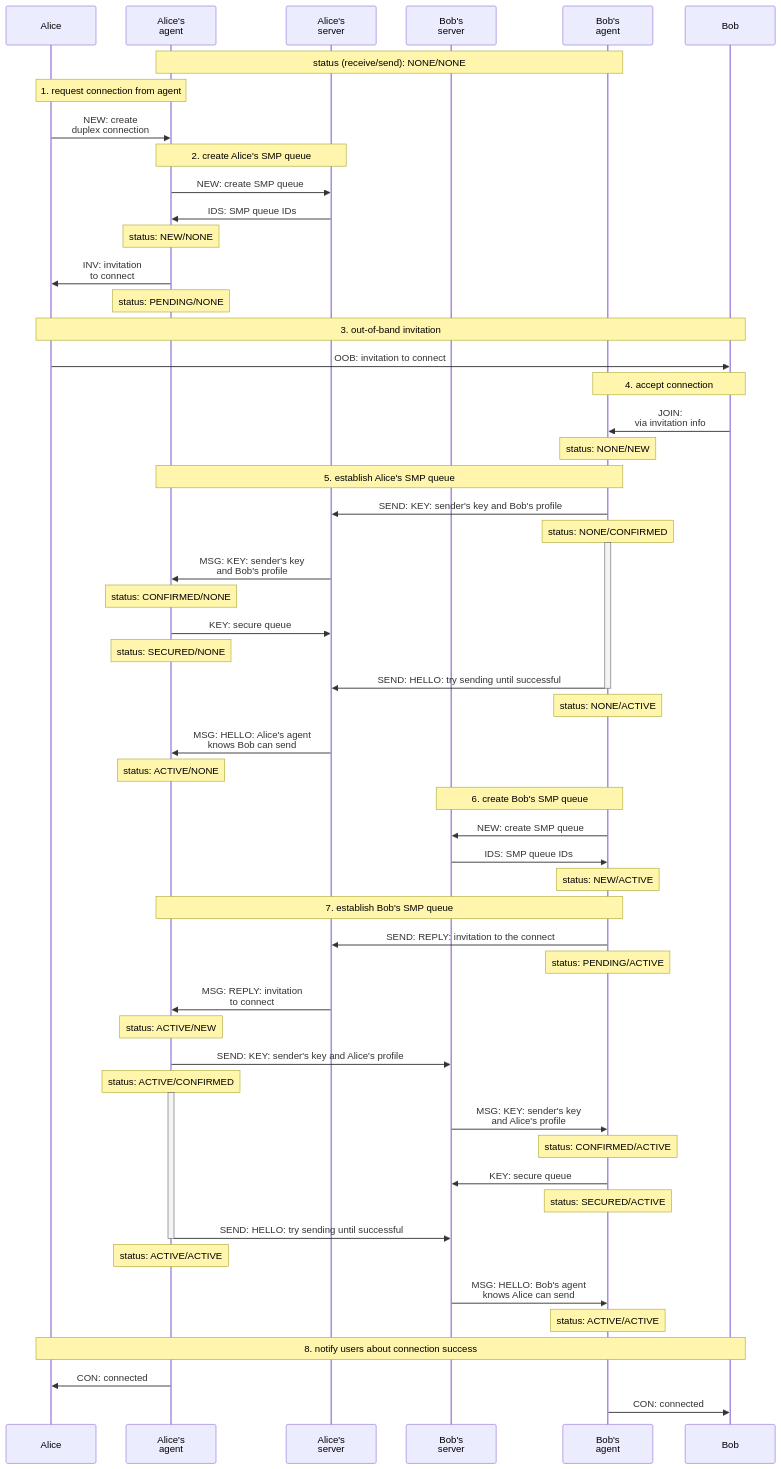
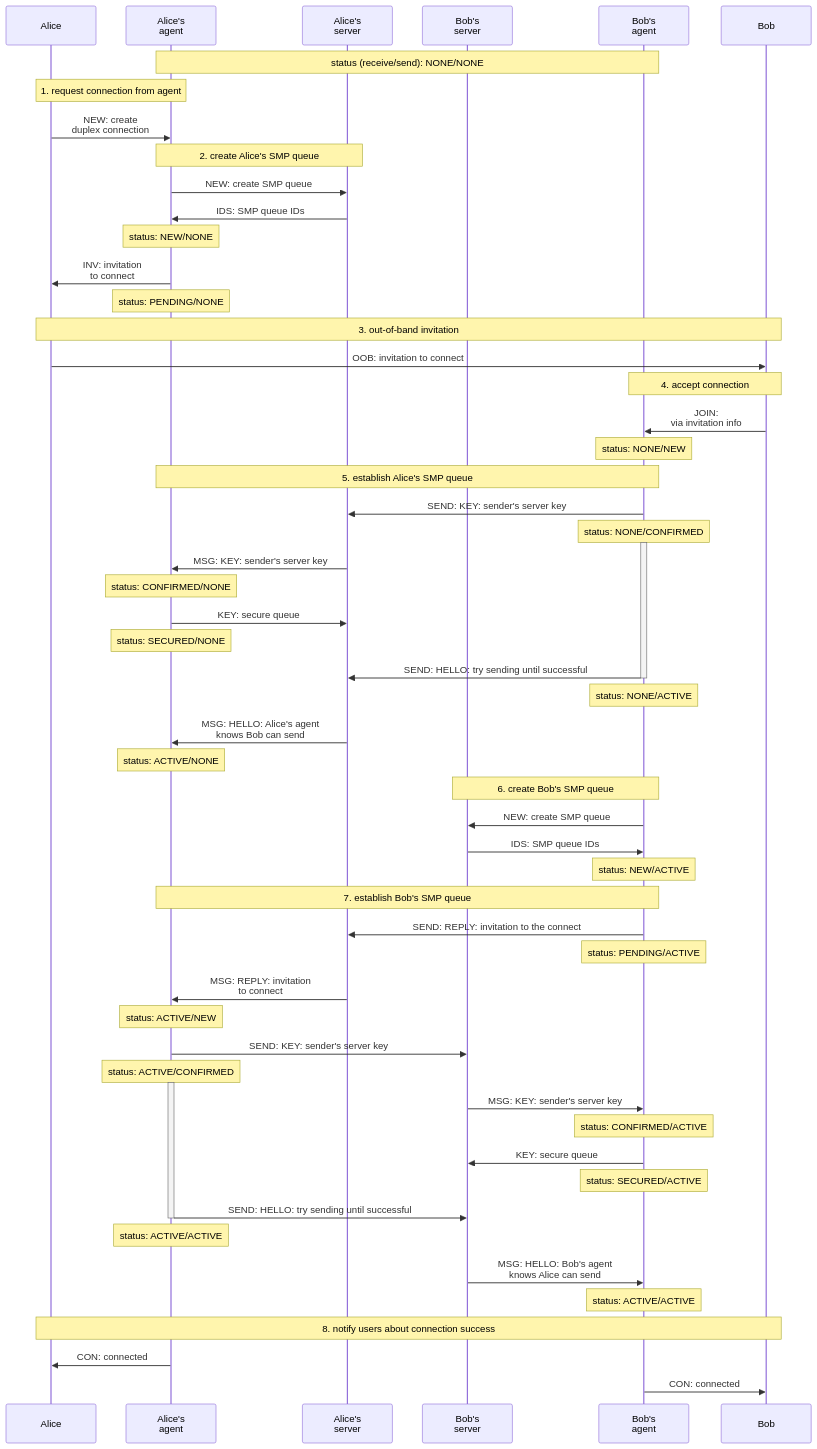
One commit to simplex-chat/simplex-chat changed the diagram in diagrams/duplex-messaging/duplex-creating.mmd. Above: the diagram before and after it, drawn with Mermaid. The commit also changed 1 other file, not shown here.

```diff
--- a/diagrams/duplex-messaging/duplex-creating.mmd
+++ b/diagrams/duplex-messaging/duplex-creating.mmd
@@ -1,71 +1,71 @@
 sequenceDiagram
   participant A as Alice
   participant AA as Alice's<br>agent
   participant AS as Alice's<br>server
   participant BS as Bob's<br>server
   participant BA as Bob's<br>agent
   participant B as Bob
 
   note over AA, BA: status (receive/send): NONE/NONE
 
   note over A, AA: 1. request connection from agent
   A ->> AA: NEW: create<br>duplex connection
  
   note over AA, AS: 2. create Alice's SMP queue
   AA ->> AS: NEW: create SMP queue
   AS ->> AA: IDS: SMP queue IDs
   note over AA: status: NEW/NONE
 
   AA ->> A: INV: invitation<br>to connect
   note over AA: status: PENDING/NONE
 
   note over A, B: 3. out-of-band invitation
   A ->> B: OOB: invitation to connect
 
   note over BA, B: 4. accept connection
   B ->> BA: JOIN:<br>via invitation info
   note over BA: status: NONE/NEW
 
   note over BA, AA: 5. establish Alice's SMP queue
-  BA ->> AS: SEND: KEY: sender's key and Bob's profile
+  BA ->> AS: SEND: KEY: sender's server key
   note over BA: status: NONE/CONFIRMED
   activate BA
-  AS ->> AA: MSG: KEY: sender's key<br>and Bob's profile
+  AS ->> AA: MSG: KEY: sender's server key
   note over AA: status: CONFIRMED/NONE
   AA ->> AS: KEY: secure queue
   note over AA: status: SECURED/NONE
 
   BA ->> AS: SEND: HELLO: try sending until successful
   deactivate BA
   note over BA: status: NONE/ACTIVE
   AS ->> AA: MSG: HELLO: Alice's agent<br>knows Bob can send
   note over AA: status: ACTIVE/NONE
 
   note over BA, BS: 6. create Bob's SMP queue
   BA ->> BS: NEW: create SMP queue
   BS ->> BA: IDS: SMP queue IDs
   note over BA: status: NEW/ACTIVE
 
   note over AA, BA: 7. establish Bob's SMP queue
   BA ->> AS: SEND: REPLY: invitation to the connect
   note over BA: status: PENDING/ACTIVE
   AS ->> AA: MSG: REPLY: invitation<br>to connect
   note over AA: status: ACTIVE/NEW
 
-  AA ->> BS: SEND: KEY: sender's key and Alice's profile
+  AA ->> BS: SEND: KEY: sender's server key
   note over AA: status: ACTIVE/CONFIRMED
   activate AA
-  BS ->> BA: MSG: KEY: sender's key<br>and Alice's profile
+  BS ->> BA: MSG: KEY: sender's server key
   note over BA: status: CONFIRMED/ACTIVE
   BA ->> BS: KEY: secure queue
   note over BA: status: SECURED/ACTIVE
 
   AA ->> BS: SEND: HELLO: try sending until successful
   deactivate AA
   note over AA: status: ACTIVE/ACTIVE
   BS ->> BA: MSG: HELLO: Bob's agent<br>knows Alice can send
   note over BA: status: ACTIVE/ACTIVE
 
   note over A, B: 8. notify users about connection success
   AA ->> A: CON: connected
   BA ->> B: CON: connected
```
